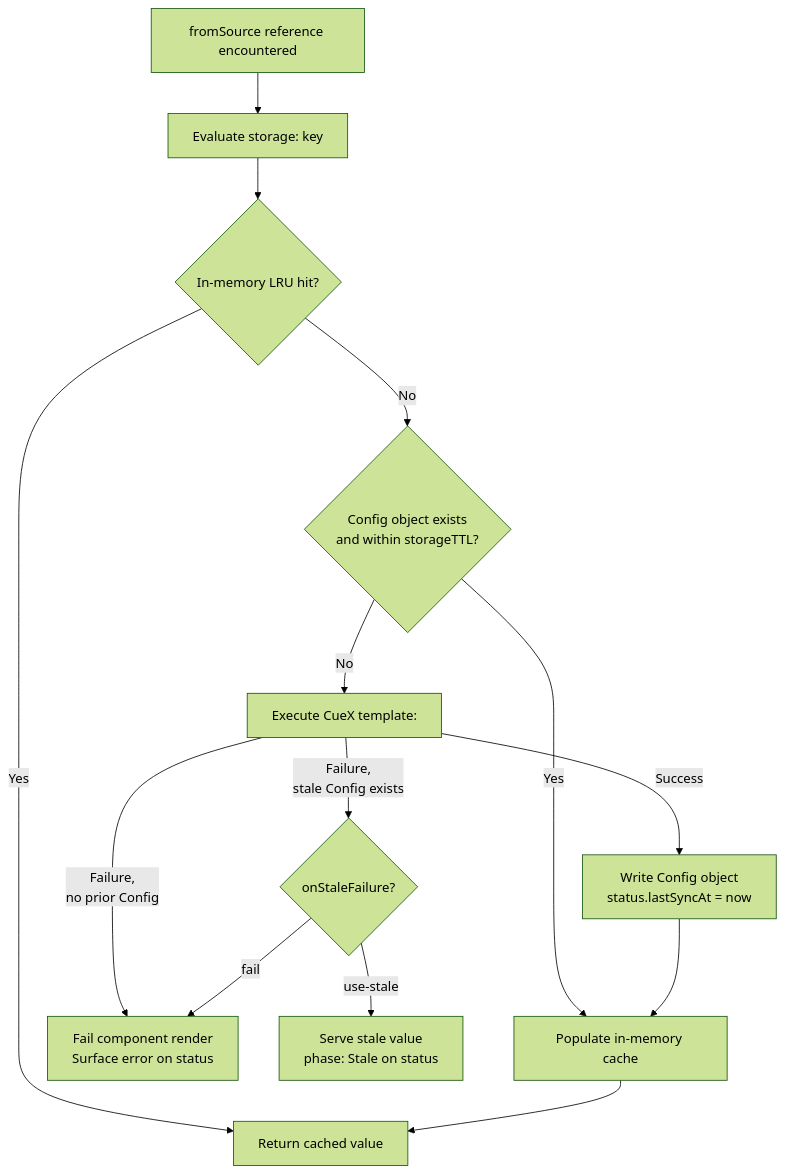
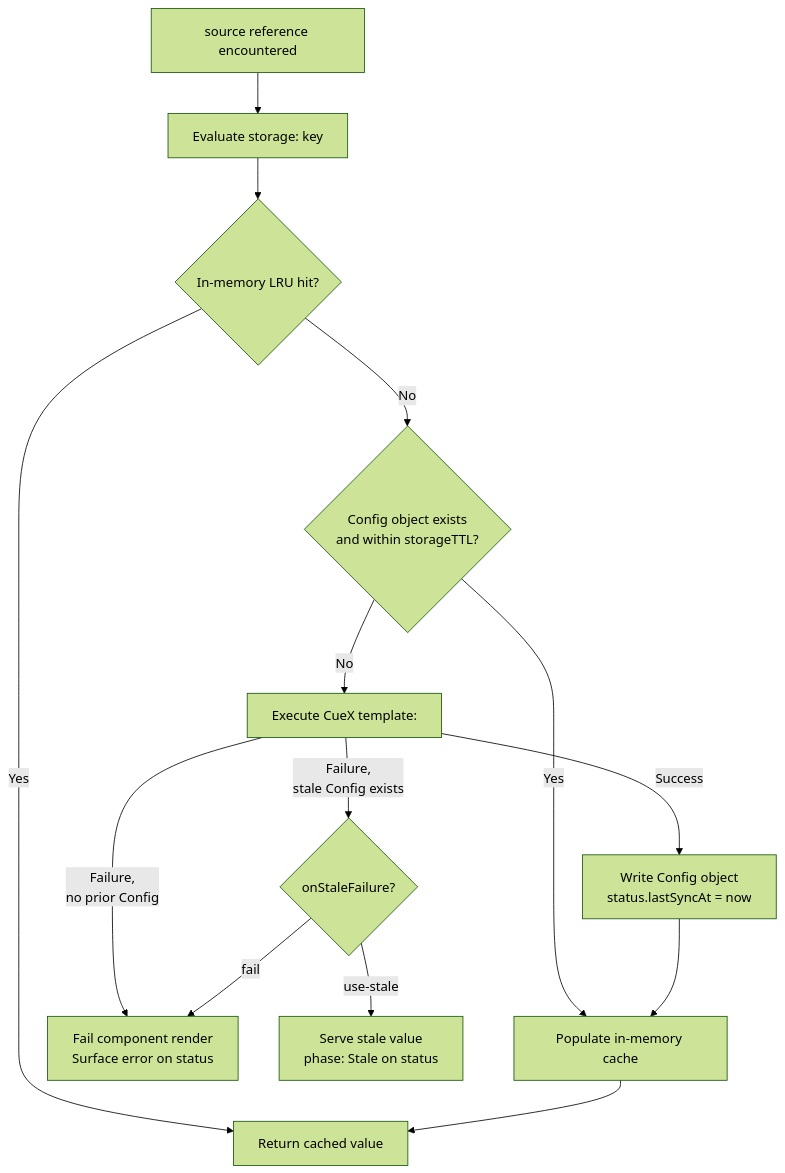
The fourth of 4 diagrams in design/vela-core/keps/2.16-source-definition/README.md (guidewire-oss/kubevela), drawn with Mermaid (forest theme) before and after one commit. The commit also changed other lines of this file, not shown here.

````diff
--- a/design/vela-core/keps/2.16-source-definition/README.md
+++ b/design/vela-core/keps/2.16-source-definition/README.md
@@ -1162,16 +320,16 @@
 ```mermaid
 flowchart TD
-    A[fromSource reference encountered] --> B[Evaluate storage: key]
+    A[source reference encountered] --> B[Evaluate storage: key]
     B --> C{In-memory LRU hit?}
     C -- Yes --> G[Return cached value]
     C -- No --> D{Config object exists<br/>and within storageTTL?}
     D -- Yes --> E[Populate in-memory cache]
     E --> G
     D -- No --> F[Execute CueX template:]
     F -- Success --> H[Write Config object<br/>status.lastSyncAt = now]
     H --> E
     F -- Failure,<br/>no prior Config --> I[Fail component render<br/>Surface error on status]
     F -- Failure,<br/>stale Config exists --> J{onStaleFailure?}
     J -- use-stale --> K[Serve stale value<br/>phase: Stale on status]
     J -- fail --> I
 ```
````
